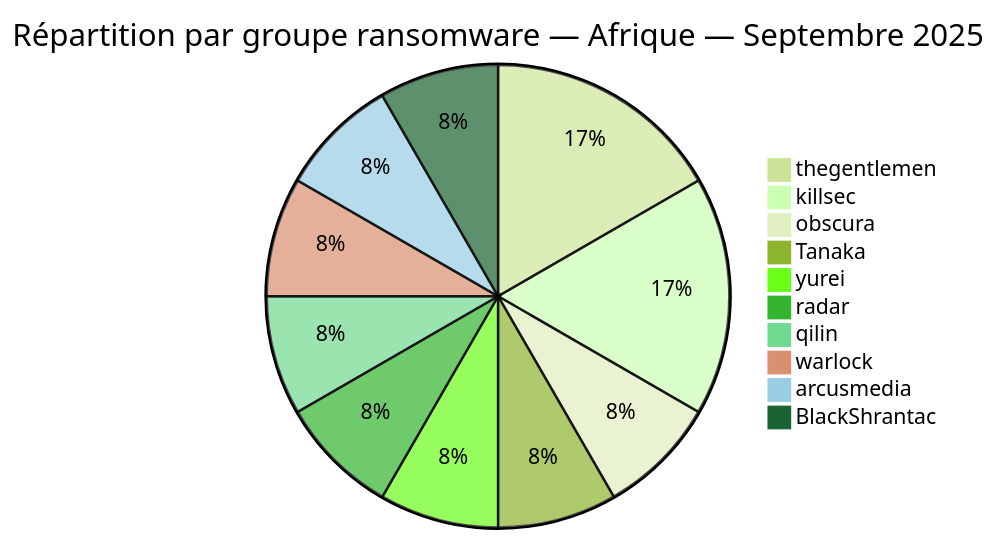
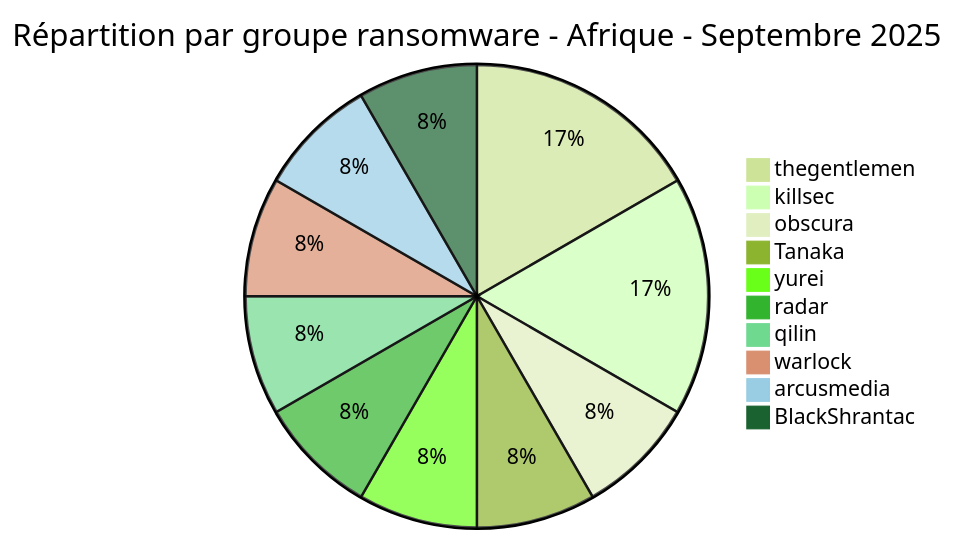
Before and after one commit to Hatchepsoute/AFRINTEL: the third of 5 diagrams in 2025/september/report/README_FR.md, drawn with Mermaid (forest theme). The commit also changed other lines of this file, not shown here.

Commit message:
Rapport de cyberttaque Septembre 2025 - versions FR/EN & rapport CTI Janvier et Février 2026

````diff
--- a/2025/september/report/README_FR.md
+++ b/2025/september/report/README_FR.md
@@ -114,14 +111,14 @@
 ```mermaid
 pie
-title Répartition par groupe ransomware — Afrique — Septembre 2025
+title Répartition par groupe ransomware - Afrique - Septembre 2025
 "thegentlemen" : 2
 "killsec" : 2
 "obscura" : 1
 "Tanaka" : 1
 "yurei" : 1
 "radar" : 1
 "qilin" : 1
 "warlock" : 1
 "arcusmedia" : 1
 "BlackShrantac" : 1
 ```
````
